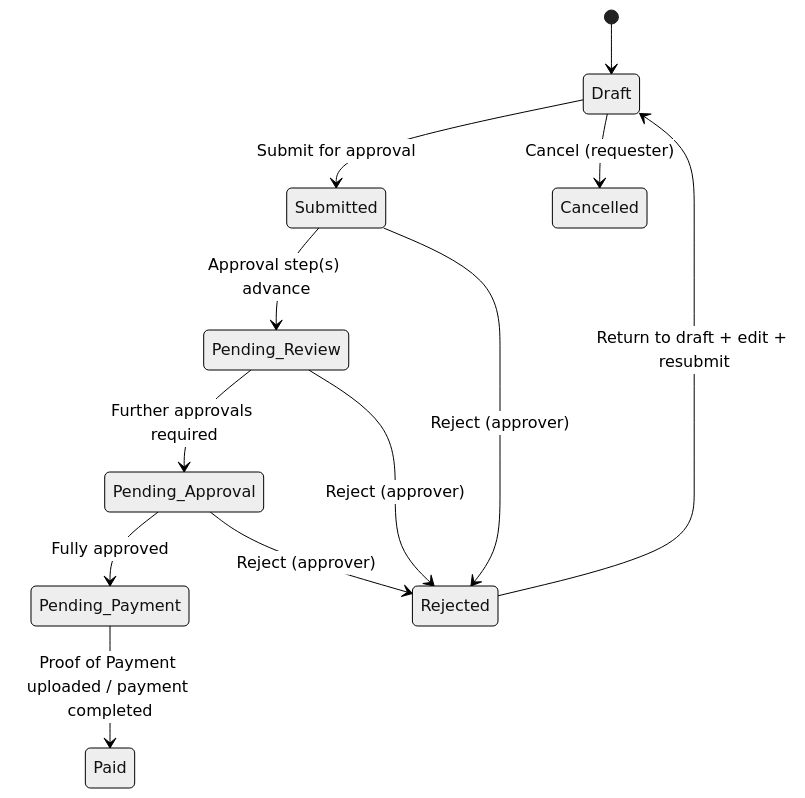
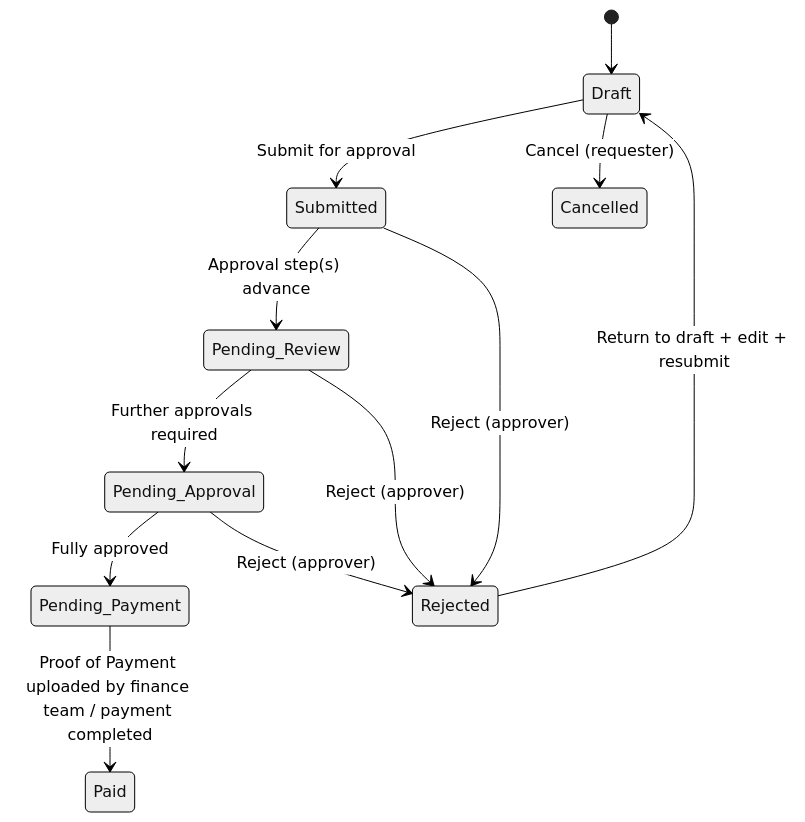
Before and after one commit to PG-rUNTIME/MARS-IRS: the first of 6 diagrams in README.md, drawn with Mermaid (neutral theme). The commit also changed other lines of this file and 37 other files, not shown here.

````diff
--- a/README.md
+++ b/README.md
@@ -60,18 +65,18 @@
 ```mermaid
 stateDiagram-v2
   [*] --> Draft
 
   Draft --> Submitted: Submit for approval
   Draft --> Cancelled: Cancel (requester)
 
   Submitted --> Pending_Review: Approval step(s) advance
   Pending_Review --> Pending_Approval: Further approvals required
   Pending_Approval --> Pending_Payment: Fully approved
-  Pending_Payment --> Paid: Proof of Payment uploaded / payment completed
+  Pending_Payment --> Paid: Proof of Payment uploaded by finance team / payment completed
 
   Submitted --> Rejected: Reject (approver)
   Pending_Review --> Rejected: Reject (approver)
   Pending_Approval --> Rejected: Reject (approver)
 
   Rejected --> Draft: Return to draft + edit + resubmit
 ```
````
